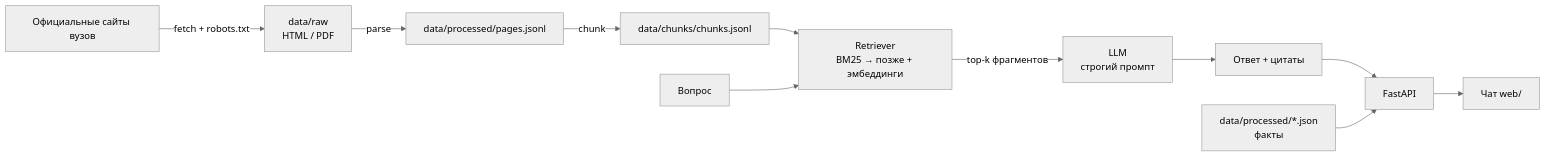
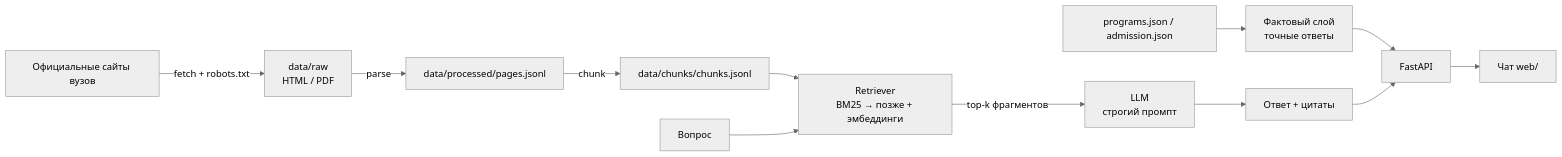
The diagram in README.md (bxtrxyxl/HakatonNeiro), drawn with Mermaid (neutral theme) before and after one commit. The commit also changed other lines of this file and 14 other files, not shown here.

First line of the commit message:
СибГУТИ: 30 программ и фактовый слой точных ответов

````diff
--- a/README.md
+++ b/README.md
@@ -37,13 +39,14 @@
 ```mermaid
 flowchart LR
     A[Официальные сайты вузов] -->|fetch + robots.txt| B[data/raw<br/>HTML / PDF]
     B -->|parse| C[data/processed/pages.jsonl]
     C -->|chunk| D[data/chunks/chunks.jsonl]
     D --> E[Retriever<br/>BM25 → позже + эмбеддинги]
     F[Вопрос] --> E
     E -->|top-k фрагментов| G[LLM<br/>строгий промпт]
     G --> H[Ответ + цитаты]
-    H --> I[FastAPI]
+    K[programs.json / admission.json] --> L[Фактовый слой<br/>точные ответы]
+    L --> I[FastAPI]
+    H --> I
     I --> J[Чат web/]
-    K[data/processed/*.json<br/>факты] --> I
 ```
````
